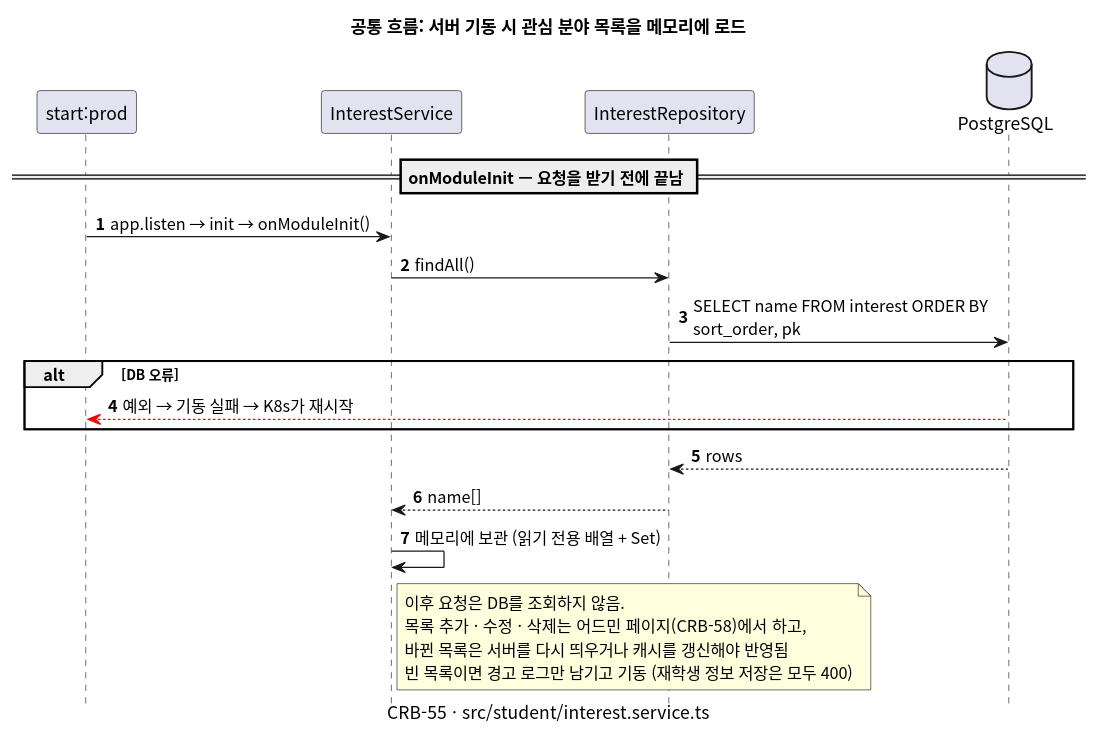
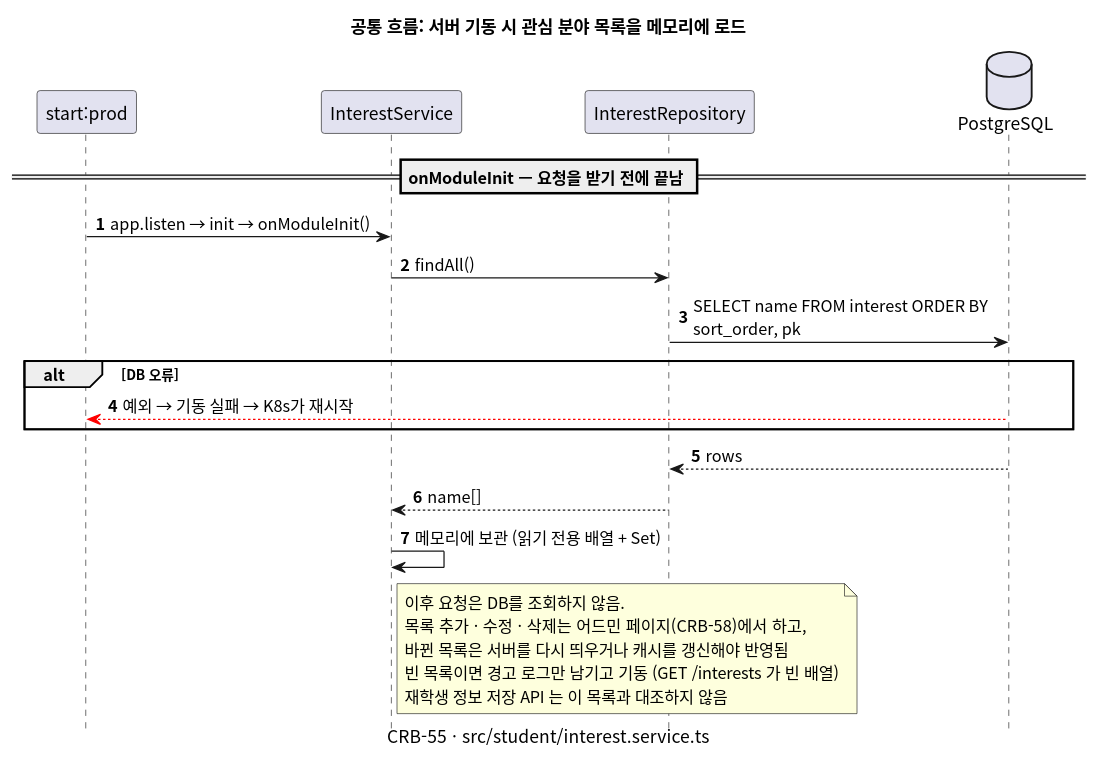
The diagram in docs/sequence/flow/interest-cache-bootstrap.puml (gsainfoteam/cheers-be), drawn with PlantUML before and after one commit. The commit also changed 6 other files, not shown here.

```diff
--- a/docs/sequence/flow/interest-cache-bootstrap.puml
+++ b/docs/sequence/flow/interest-cache-bootstrap.puml
@@ -1,37 +1,38 @@
 @startuml interest-cache-bootstrap
 skinparam defaultFontName "Apple SD Gothic Neo", "Noto Sans CJK KR", sans-serif
 skinparam responseMessageBelowArrow true
 skinparam sequenceMessageAlign left
 skinparam maxMessageSize 260
 skinparam BoxPadding 8
 skinparam shadowing false
 autonumber
 hide footbox
 
 title 공통 흐름: 서버 기동 시 관심 분야 목록을 메모리에 로드
 caption CRB-55 · src/student/interest.service.ts
 
 participant "start:prod" as Entrypoint
 participant "InterestService" as InterestService
 participant "InterestRepository" as InterestRepository
 database PostgreSQL
 
 == onModuleInit — 요청을 받기 전에 끝남 ==
 
 Entrypoint -> InterestService: app.listen → init → onModuleInit()
 InterestService -> InterestRepository: findAll()
 InterestRepository -> PostgreSQL: SELECT name FROM interest ORDER BY sort_order, pk
 alt DB 오류
   PostgreSQL -[#red]-> Entrypoint: 예외 → 기동 실패 → K8s가 재시작
 end
 PostgreSQL --> InterestRepository: rows
 InterestRepository --> InterestService: name[]
 InterestService -> InterestService: 메모리에 보관 (읽기 전용 배열 + Set)
 note right of InterestService
   이후 요청은 DB를 조회하지 않음.
   목록 추가 · 수정 · 삭제는 어드민 페이지(CRB-58)에서 하고,
   바뀐 목록은 서버를 다시 띄우거나 캐시를 갱신해야 반영됨
-  빈 목록이면 경고 로그만 남기고 기동 (재학생 정보 저장은 모두 400)
+  빈 목록이면 경고 로그만 남기고 기동 (GET /interests 가 빈 배열)
+  재학생 정보 저장 API 는 이 목록과 대조하지 않음
 end note
 
 @enduml
```
